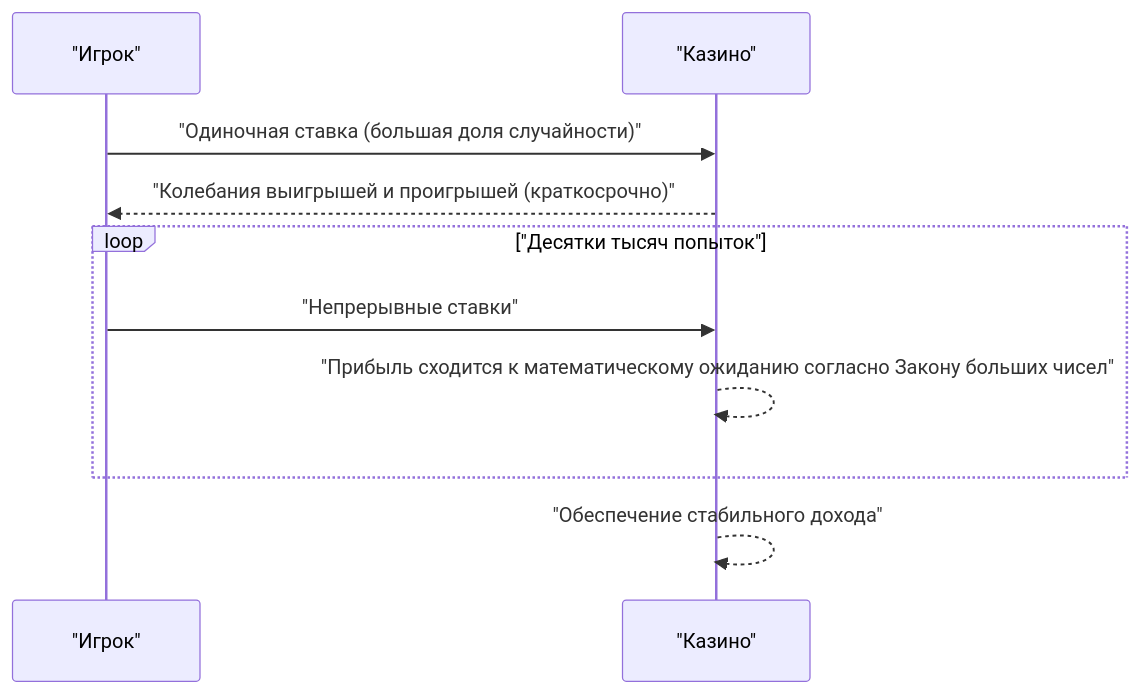
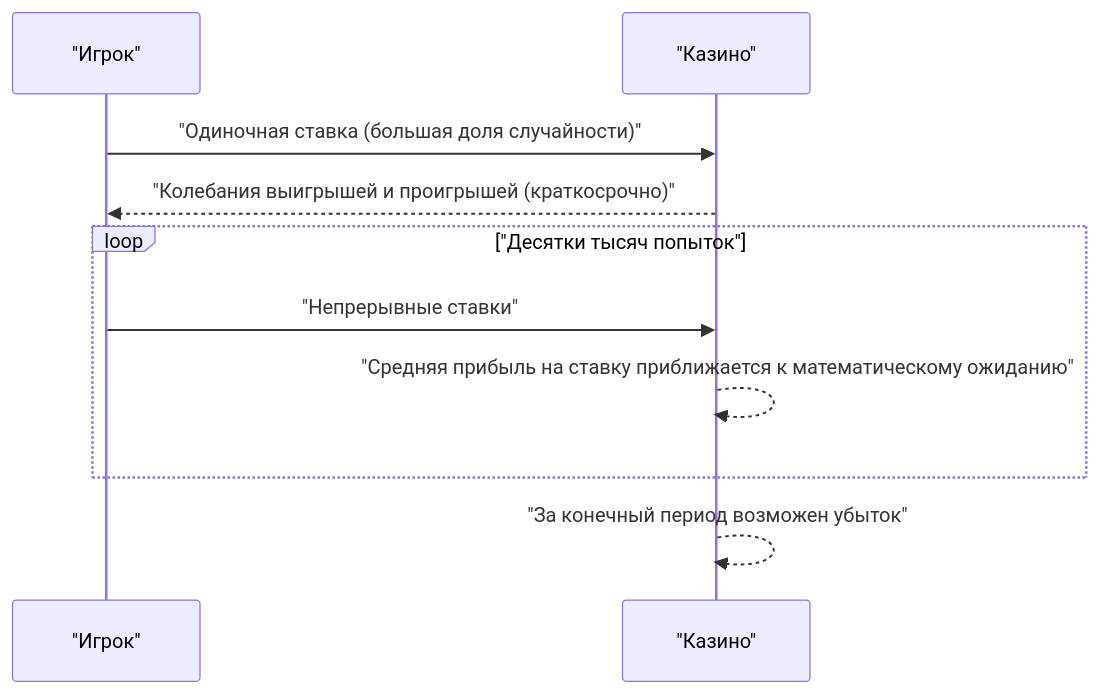
One commit to kenjinote/blog changed the second of 2 diagrams in content/post/law-of-large-numbers/index.ru.md. Above: the diagram before and after it, drawn with Mermaid. The commit also changed other lines of this file and 7 other files, not shown here.

````diff
--- a/content/post/law-of-large-numbers/index.ru.md
+++ b/content/post/law-of-large-numbers/index.ru.md
@@ -53,12 +53,12 @@
 ```mermaid
 sequenceDiagram
     participant P as "Игрок"
     participant C as "Казино"
     P->>C: "Одиночная ставка (большая доля случайности)"
     C-->>P: "Колебания выигрышей и проигрышей (краткосрочно)"
     loop "Десятки тысяч попыток"
         P->>C: "Непрерывные ставки"
-        C-->>C: "Прибыль сходится к математическому ожиданию согласно Закону больших чисел"
+        C-->>C: "Средняя прибыль на ставку приближается к математическому ожиданию"
     end
-    C-->>C: "Обеспечение стабильного дохода"
+    C-->>C: "За конечный период возможен убыток"
 ```
````
